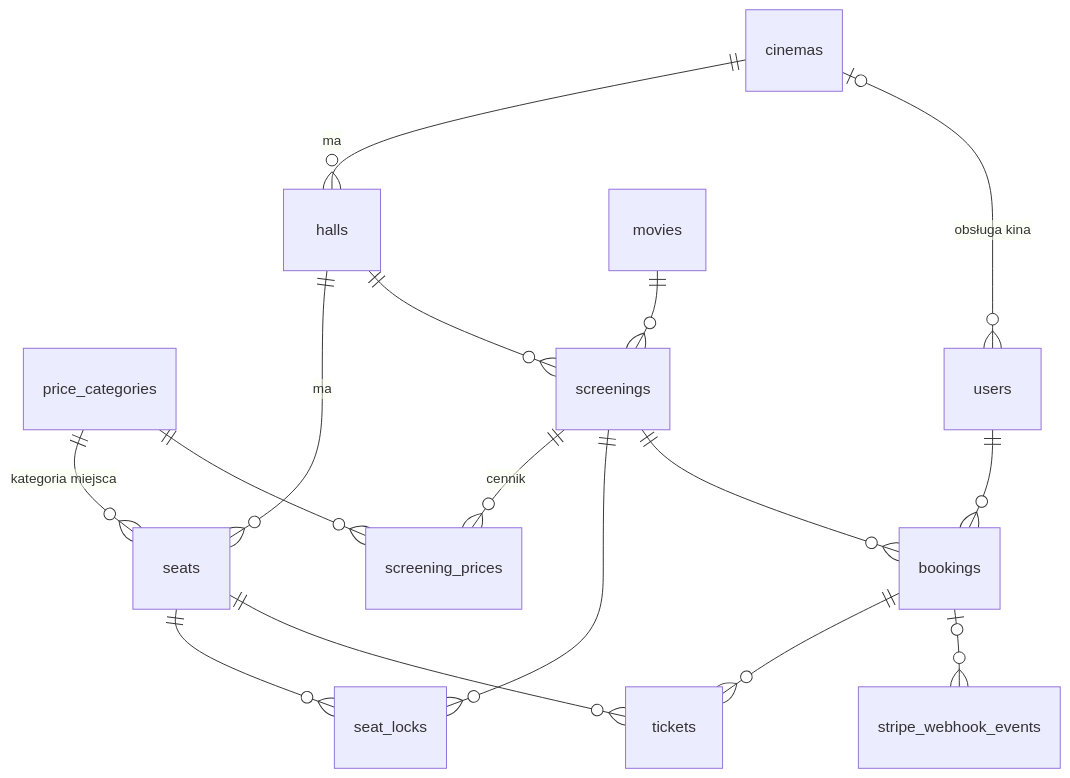
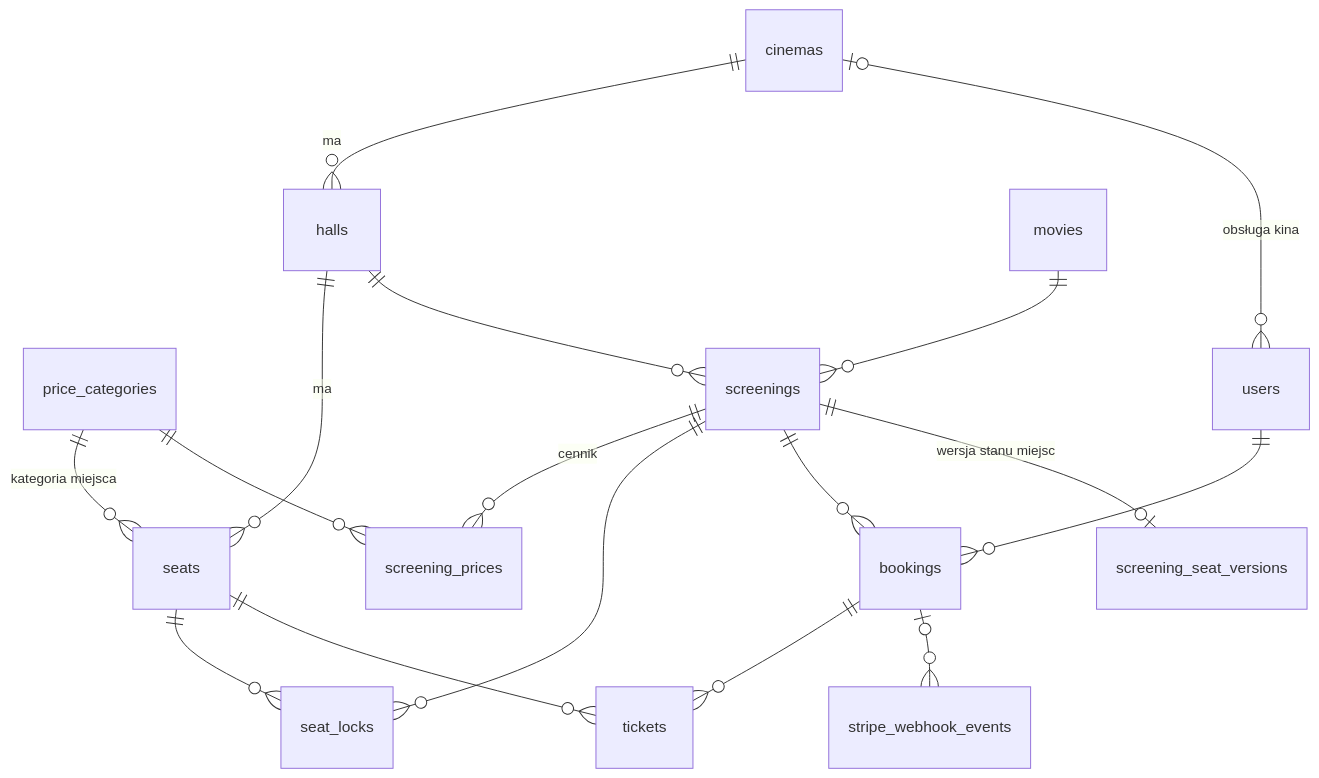
The first of 2 diagrams in README.md (AndrzejSilinski/kino), drawn with Mermaid before and after one commit. The commit also changed other lines of this file, not shown here.

````diff
--- a/README.md
+++ b/README.md
@@ -116,18 +123,19 @@
 ```mermaid
 erDiagram
     cinemas ||--o{ halls : ma
     halls ||--o{ seats : ma
     price_categories ||--o{ seats : "kategoria miejsca"
     movies ||--o{ screenings : ""
     halls ||--o{ screenings : ""
     screenings ||--o{ screening_prices : cennik
     price_categories ||--o{ screening_prices : ""
     screenings ||--o{ seat_locks : ""
     seats ||--o{ seat_locks : ""
     users ||--o{ bookings : ""
     screenings ||--o{ bookings : ""
     bookings ||--o{ tickets : ""
     seats ||--o{ tickets : ""
     cinemas |o--o{ users : "obsługa kina"
     bookings |o--o{ stripe_webhook_events : ""
+    screenings ||--o| screening_seat_versions : "wersja stanu miejsc"
 ```
````
